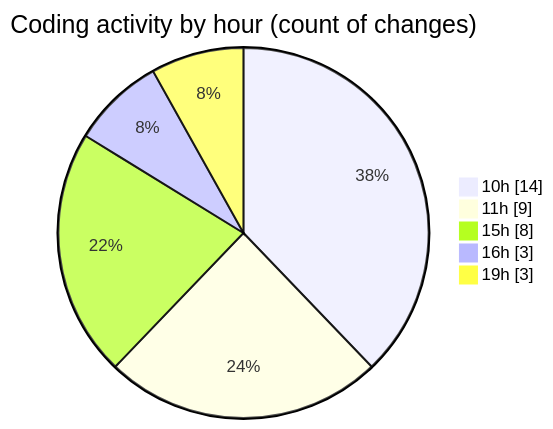
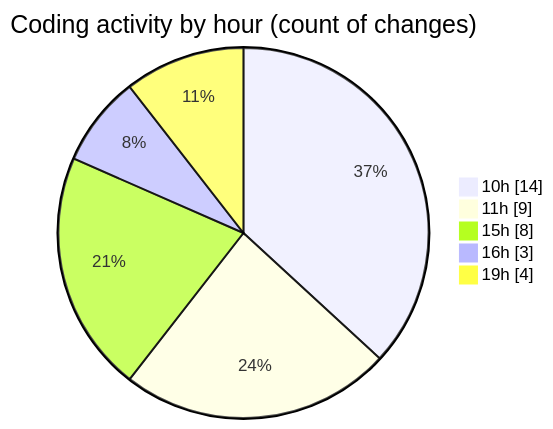
Before and after one commit to Elitesun/code-tracking: the second of 2 diagrams in 2025-02-08/react_ecom/README.md, drawn with Mermaid. The commit also changed other lines of this file and 1 other file, not shown here.

````diff
--- a/2025-02-08/react_ecom/README.md
+++ b/2025-02-08/react_ecom/README.md
@@ -35,9 +35,9 @@
 ```mermaid
 pie showData
 title Coding activity by hour (count of changes)
 "10h" : 14
 "11h" : 9
 "15h" : 8
 "16h" : 3
-"19h" : 3
+"19h" : 4
 ```
````
